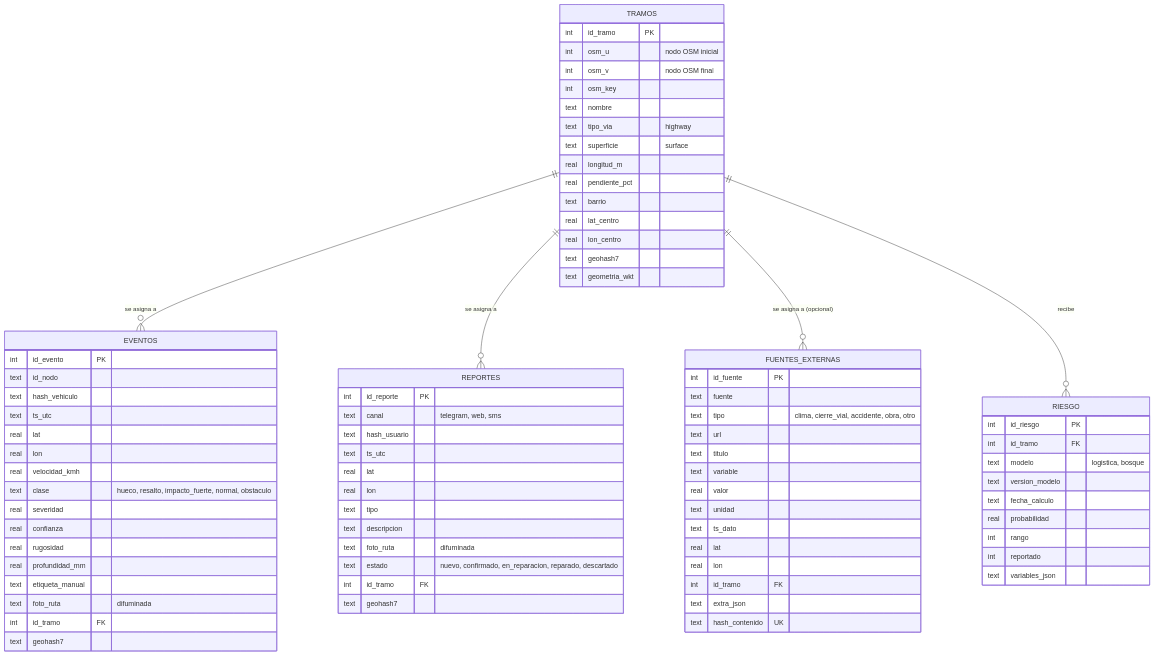
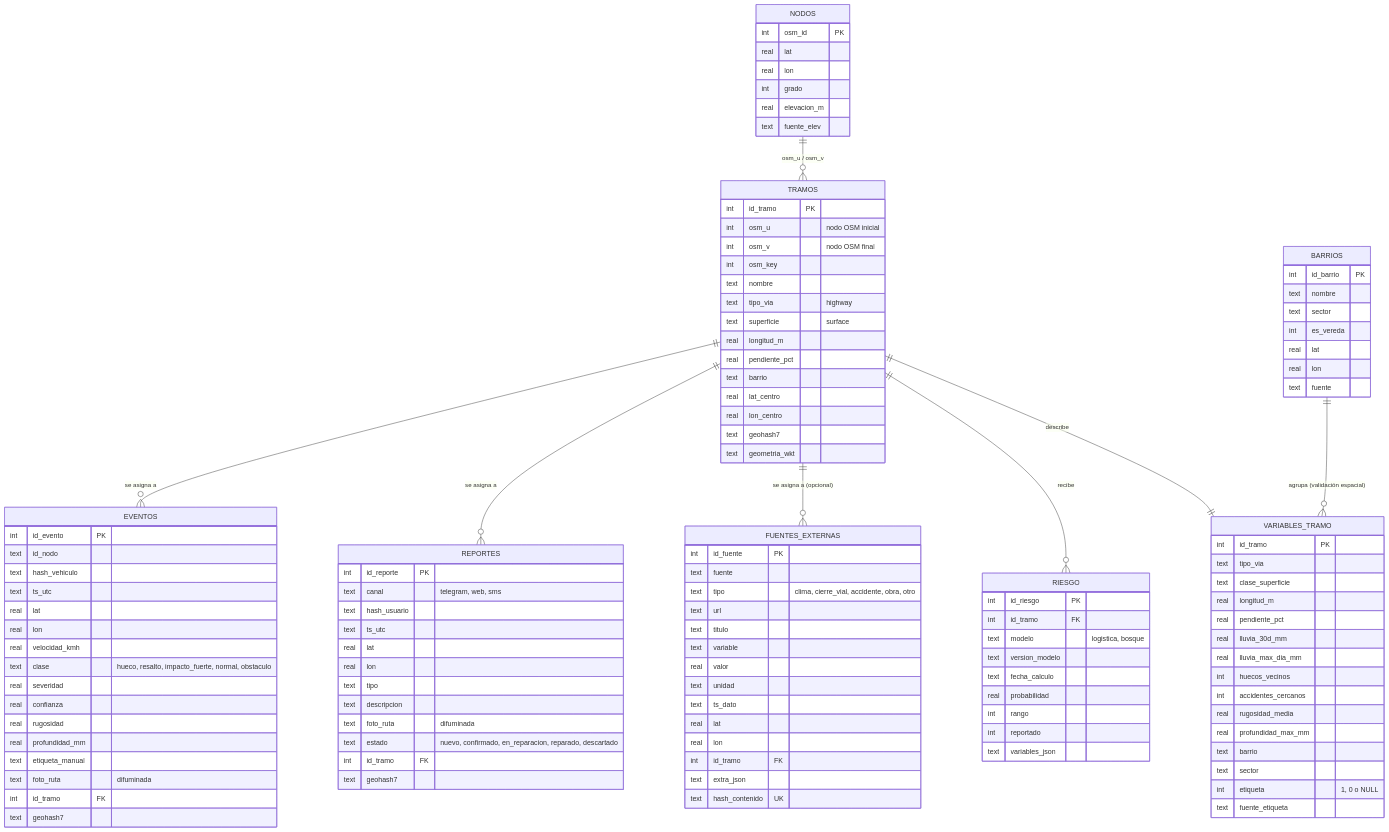
One commit to via-viva-usta/via-viva changed the diagram in docs/diagramas/03_entidad_relacion.md. Above: the diagram before and after it, drawn with Mermaid. The commit also changed other lines of this file and 12 other files, not shown here.

First line of the commit message:
feat(riesgo): variables por tramo y modelos con validación espacial por barrios

```diff
--- a/docs/diagramas/03_entidad_relacion.md
+++ b/docs/diagramas/03_entidad_relacion.md
@@ -8,6 +9,46 @@
     TRAMOS ||--o{ REPORTES : "se asigna a"
     TRAMOS ||--o{ FUENTES_EXTERNAS : "se asigna a (opcional)"
     TRAMOS ||--o{ RIESGO : "recibe"
+    NODOS ||--o{ TRAMOS : "osm_u / osm_v"
+    TRAMOS ||--|| VARIABLES_TRAMO : "describe"
+    BARRIOS ||--o{ VARIABLES_TRAMO : "agrupa (validación espacial)"
+
+    NODOS {
+        int osm_id PK
+        real lat
+        real lon
+        int grado
+        real elevacion_m
+        text fuente_elev
+    }
+
+    BARRIOS {
+        int id_barrio PK
+        text nombre
+        text sector
+        int es_vereda
+        real lat
+        real lon
+        text fuente
+    }
+
+    VARIABLES_TRAMO {
+        int id_tramo PK
+        text tipo_via
+        text clase_superficie
+        real longitud_m
+        real pendiente_pct
+        real lluvia_30d_mm
+        real lluvia_max_dia_mm
+        int huecos_vecinos
+        int accidentes_cercanos
+        real rugosidad_media
+        real profundidad_max_mm
+        text barrio
+        text sector
+        int etiqueta "1, 0 o NULL"
+        text fuente_etiqueta
+    }
 
     TRAMOS {
         int id_tramo PK
```
